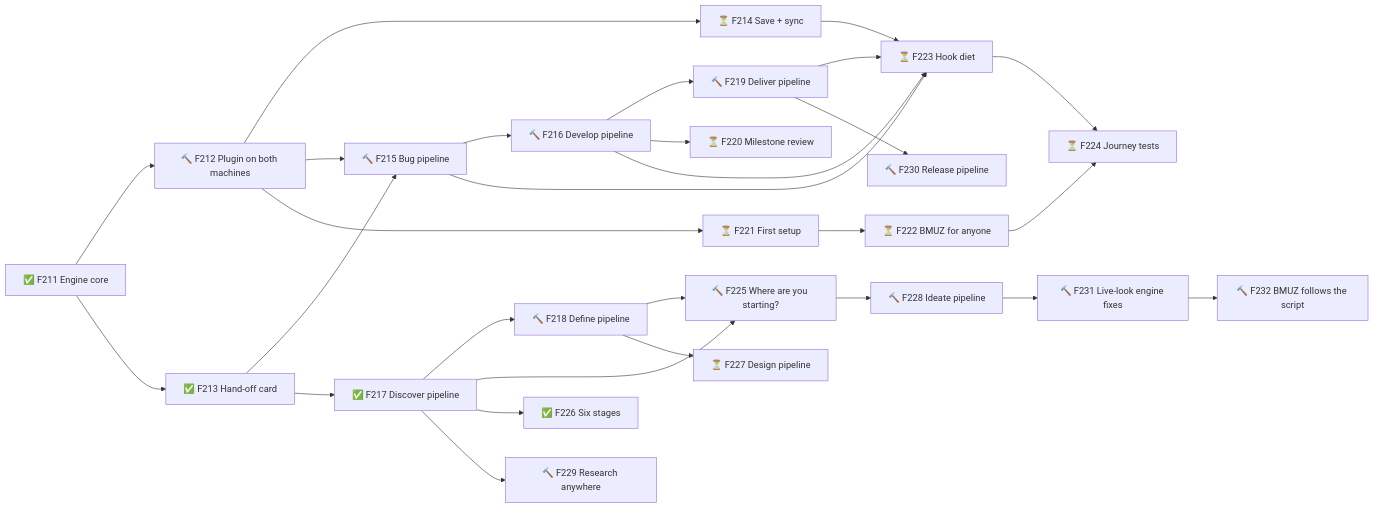
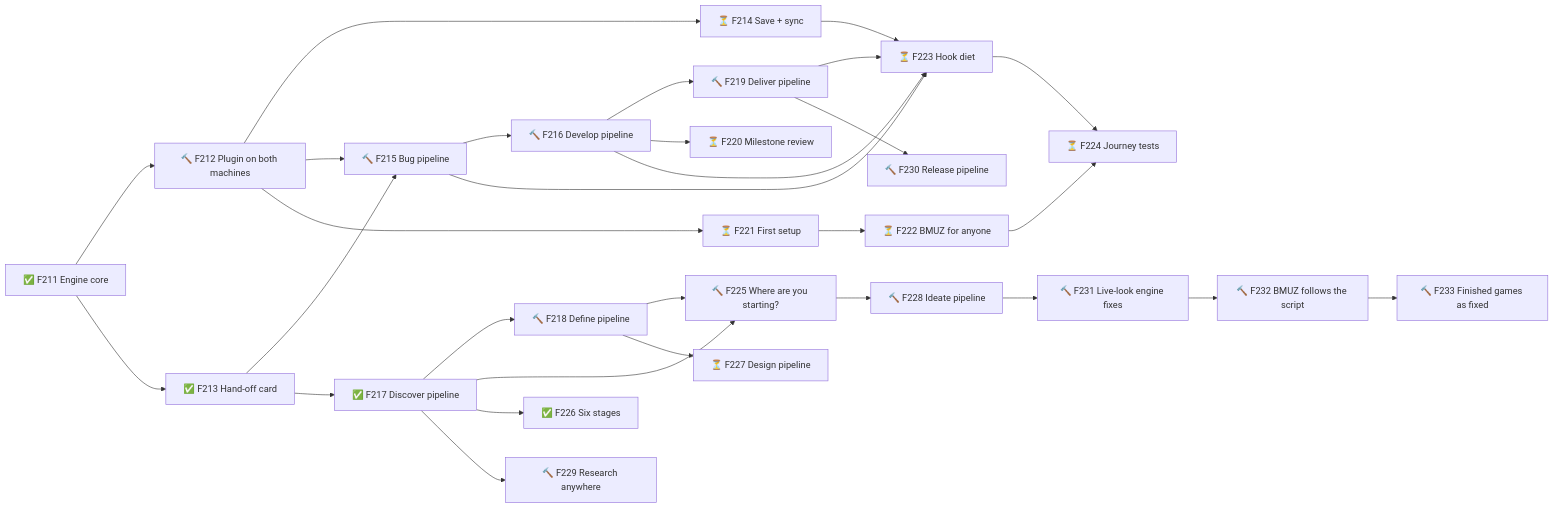
One commit to TheBlueMuzzy/framework changed diagram 41 of 41 in .planning/ROADMAP.md. Above: the diagram before and after it, drawn with Mermaid. The commit also changed other lines of this file and 2 other files, not shown here.

Commit message:
F233: planned — Finished games come in as fixed (from the Sirius Smugglers live look; Muzzy: 1a)

````diff
--- a/.planning/ROADMAP.md
+++ b/.planning/ROADMAP.md
@@ -668,30 +669,31 @@
 ```mermaid
 flowchart LR
   F211[✅ F211 Engine core] --> F212[🔨 F212 Plugin on both machines]
   F211 --> F213[✅ F213 Hand-off card]
   F212 --> F214[⏳ F214 Save + sync]
   F212 --> F215[🔨 F215 Bug pipeline]
   F213 --> F215
   F215 --> F216[🔨 F216 Develop pipeline]
   F213 --> F217[✅ F217 Discover pipeline]
   F217 --> F218[🔨 F218 Define pipeline]
   F216 --> F219[🔨 F219 Deliver pipeline]
   F216 --> F220[⏳ F220 Milestone review]
   F212 --> F221[⏳ F221 First setup]
   F221 --> F222[⏳ F222 BMUZ for anyone]
   F214 --> F223[⏳ F223 Hook diet]
   F215 --> F223
   F216 --> F223
   F219 --> F223
   F223 --> F224[⏳ F224 Journey tests]
   F222 --> F224
   F217 --> F225[🔨 F225 Where are you starting?]
   F218 --> F225
   F217 --> F226[✅ F226 Six stages]
   F225 --> F228[🔨 F228 Ideate pipeline]
   F217 --> F229[🔨 F229 Research anywhere]
   F219 --> F230[🔨 F230 Release pipeline]
   F228 --> F231[🔨 F231 Live-look engine fixes]
   F231 --> F232[🔨 F232 BMUZ follows the script]
+  F232 --> F233[🔨 F233 Finished games as fixed]
   F218 --> F227[⏳ F227 Design pipeline]
 ```
````
